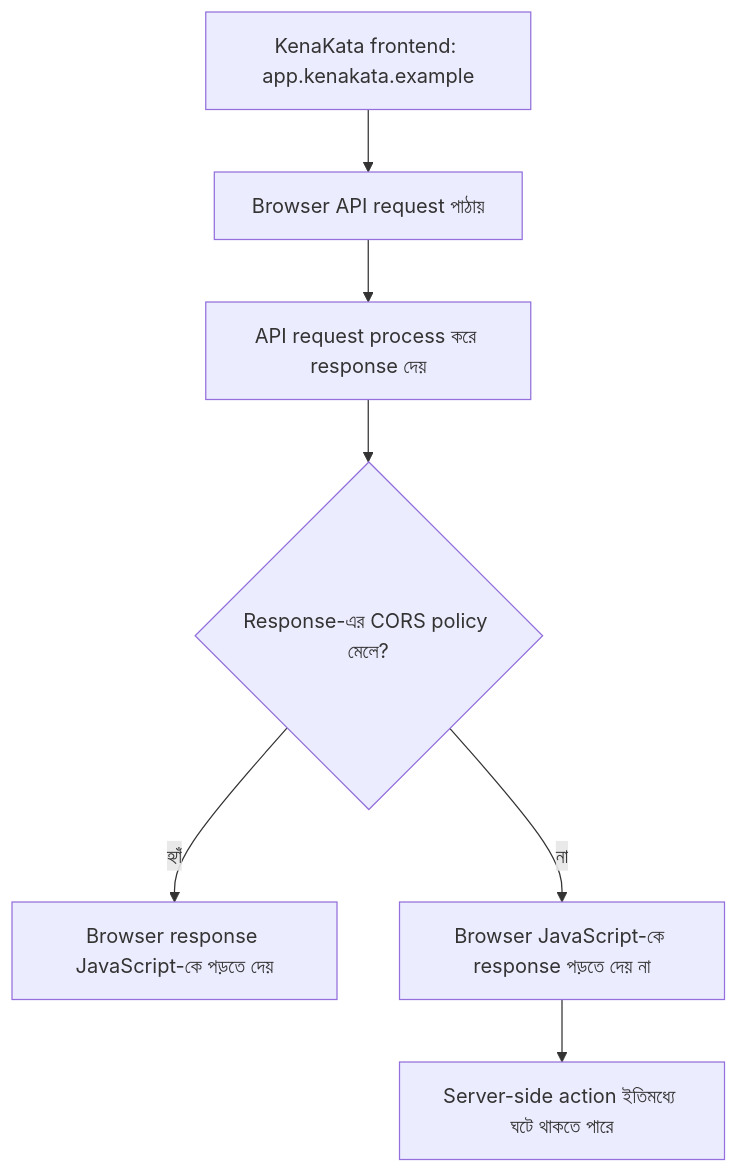
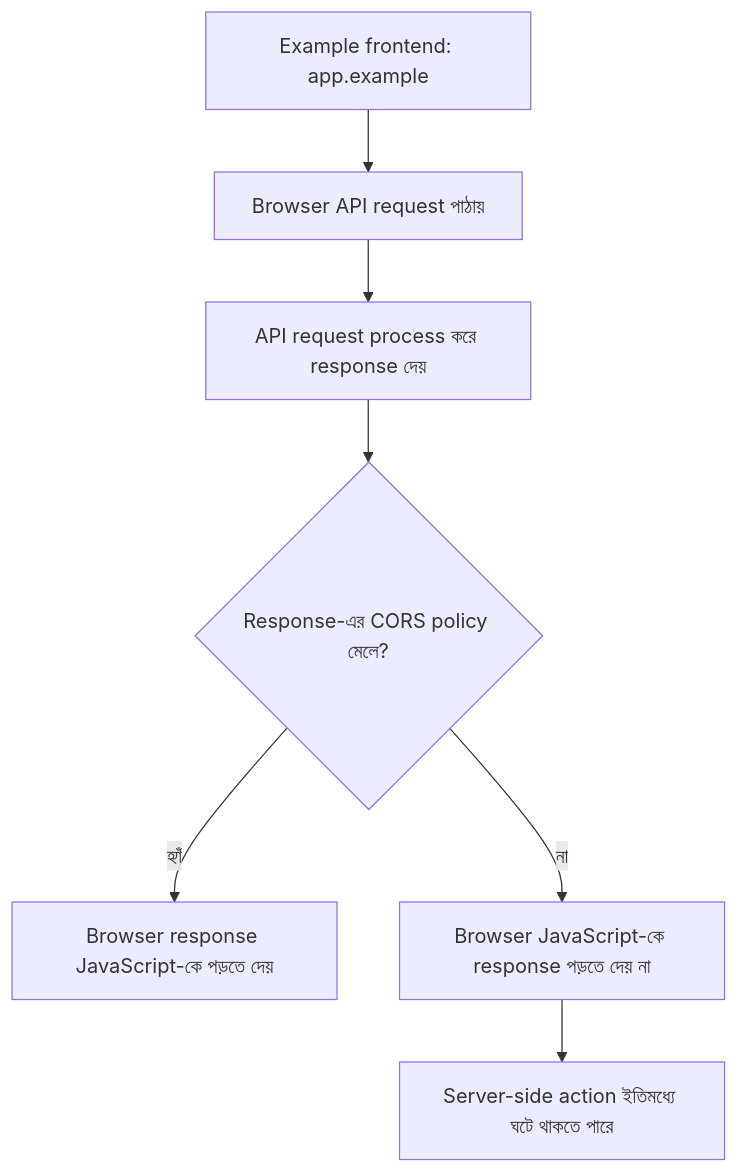
The first of 3 diagrams in series/season-1-browser-session-token/07-cors/README.md (shomi-khan/auth-security-journey), drawn with Mermaid before and after one commit. The commit also changed other lines of this file, not shown here.

Commit message:
Keep CORS example consistent with product timeline

````diff
--- a/series/season-1-browser-session-token/07-cors/README.md
+++ b/series/season-1-browser-session-token/07-cors/README.md
@@ -36,9 +34,9 @@
 ```mermaid
 flowchart TD
-    A["KenaKata frontend: app.kenakata.example"] --> B["Browser API request পাঠায়"]
+    A["Example frontend: app.example"] --> B["Browser API request পাঠায়"]
     B --> C["API request process করে response দেয়"]
     C --> D{"Response-এর CORS policy মেলে?"}
     D -->|হ্যাঁ| E["Browser response JavaScript-কে পড়তে দেয়"]
     D -->|না| F["Browser JavaScript-কে response পড়তে দেয় না"]
     F --> G["Server-side action ইতিমধ্যে ঘটে থাকতে পারে"]
 ```
````
